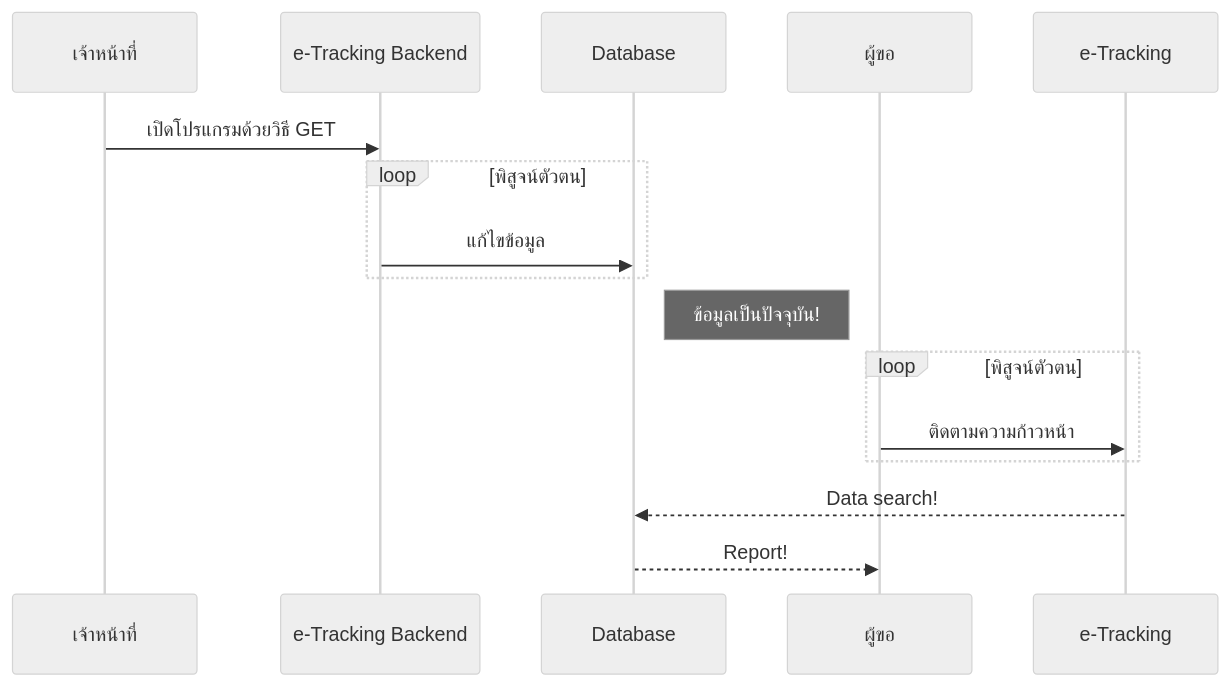
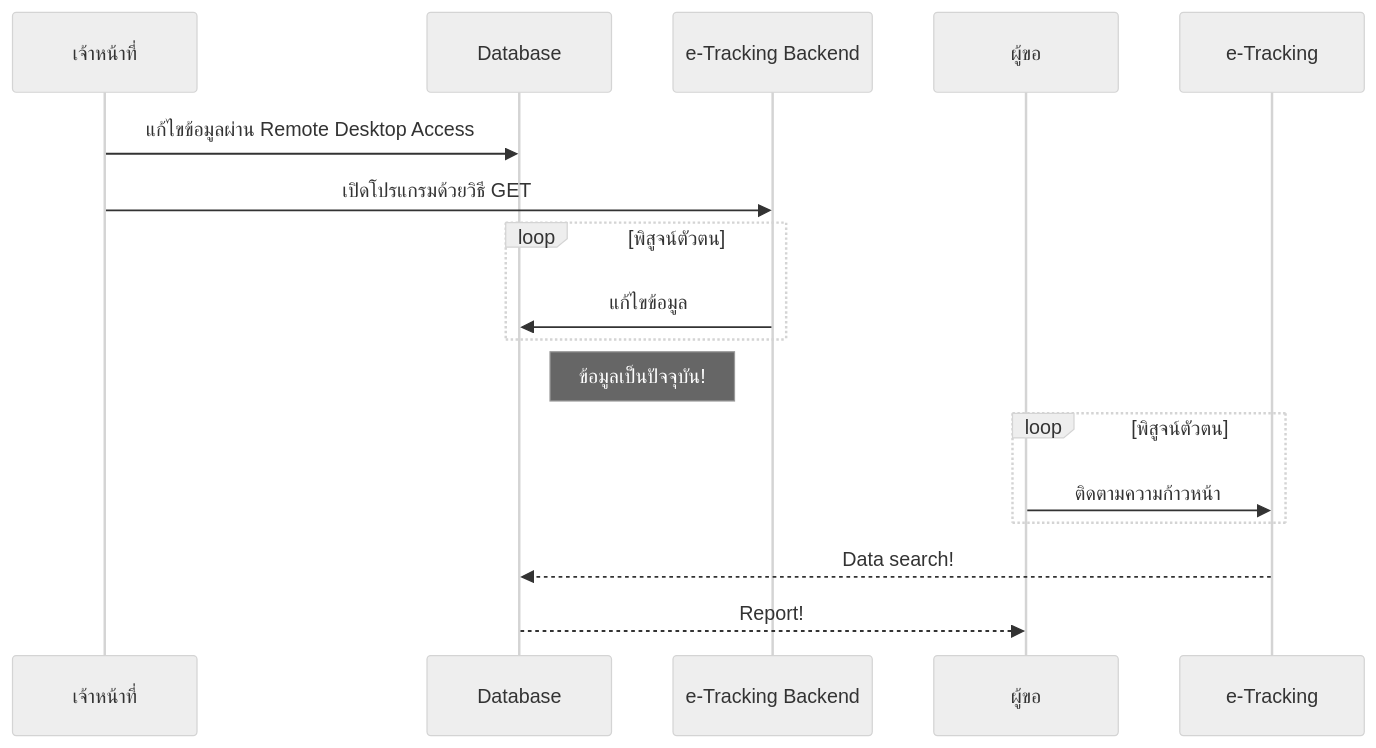
Before and after one commit to Kietpawpan/e-tracking: the second of 2 diagrams in README.md, drawn with Mermaid (neutral theme).

````diff
--- a/README.md
+++ b/README.md
@@ -28,13 +28,14 @@
 ```mermaid
 sequenceDiagram
+เจ้าหน้าที่->>Database: แก้ไขข้อมูลผ่าน Remote Desktop Access
 เจ้าหน้าที่->>e-Tracking Backend: เปิดโปรแกรมด้วยวิธี GET
 loop พิสูจน์ตัวตน
     e-Tracking Backend->>Database: แก้ไขข้อมูล
 end
 Note right of Database: ข้อมูลเป็นปัจจุบัน!
 loop พิสูจน์ตัวตน
 ผู้ขอ->>e-Tracking: ติดตามความก้าวหน้า
 end
 e-Tracking-->>Database: Data search!
 Database-->>ผู้ขอ: Report!
 ```
````
